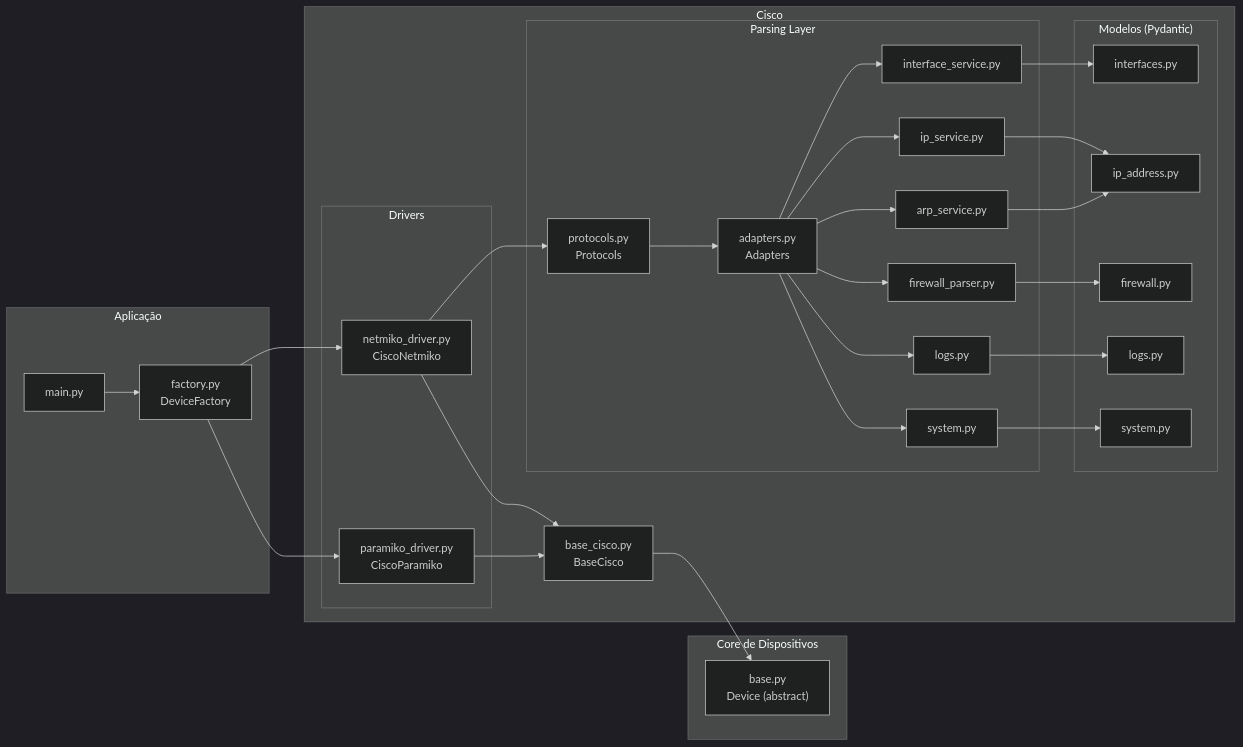
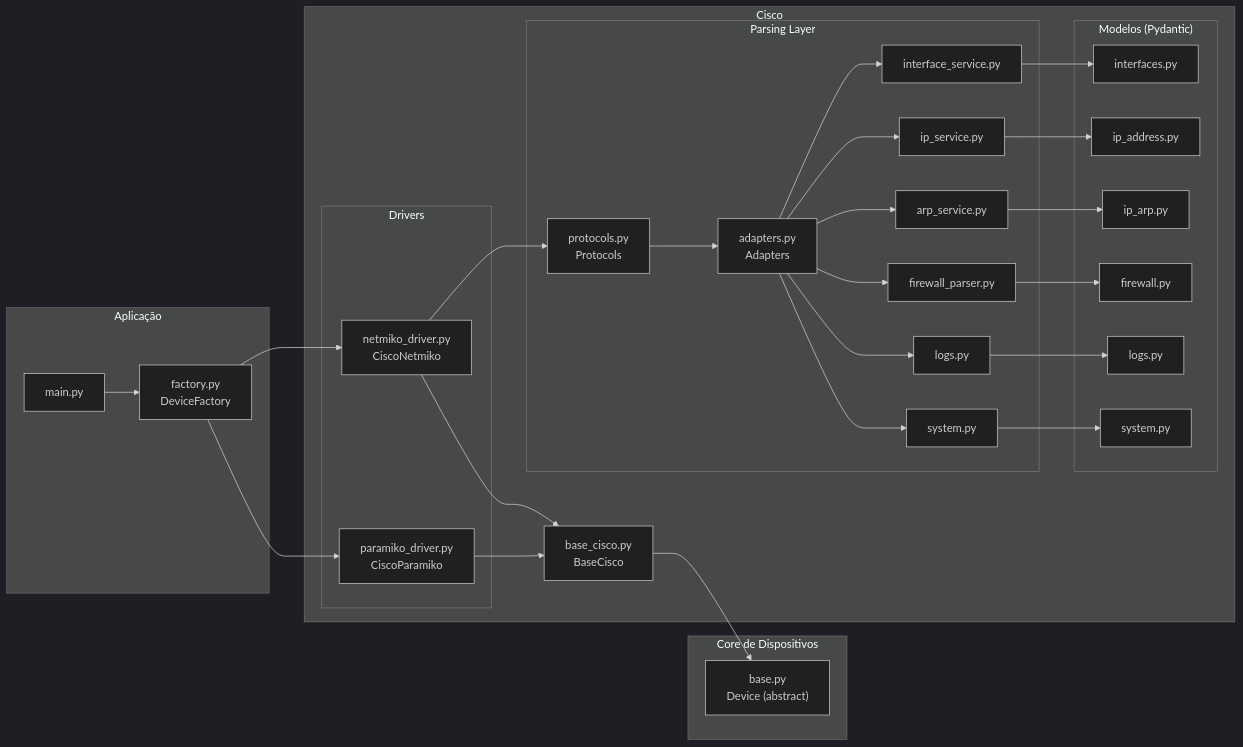
One commit to lfontini/igbot_lib changed the diagram in README.md. Above: the diagram before and after it, drawn with Mermaid (dark theme). The commit also changed other lines of this file and 1 other file, not shown here.

````diff
--- a/README.md
+++ b/README.md
@@ -44,78 +49,79 @@
 ```mermaid
 flowchart LR
 
     %% =======================================
     %%   MÓDULOS E PASTAS
     %% =======================================
     subgraph MAIN_APP["Aplicação"]
         MAIN["main.py"]
         FACTORY["factory.py<br/>DeviceFactory"]
     end
 
     subgraph DEVICE_CORE["Core de Dispositivos"]
         BASE_DEVICE["base.py<br/>Device (abstract)"]
     end
 
     subgraph CISCO["Cisco"]
 
         subgraph CISCO_DRIVERS["Drivers"]
             NETMIKO_DRIVER["netmiko_driver.py<br/>CiscoNetmiko"]
             PARAMIKO_DRIVER["paramiko_driver.py<br/>CiscoParamiko"]
         end
 
         BASE_CISCO["base_cisco.py<br/>BaseCisco"]
 
         subgraph PARSING["Parsing Layer"]
             PROTOCOLS["protocols.py<br/>Protocols"]
             ADAPTERS["adapters.py<br/>Adapters"]
             INTERFACE_SERVICE["interface_service.py"]
             IP_SERVICE["ip_service.py"]
             ARP_SERVICE["arp_service.py"]
             FIREWALL_PARSER["firewall_parser.py"]
             LOGS_PARSER["logs.py"]
             SYSTEM_PARSER["system.py"]
         end
 
         subgraph MODELS["Modelos (Pydantic)"]
             M_INTERFACE["interfaces.py"]
             M_IP["ip_address.py"]
+            M_IP_ARP["ip_arp.py"]
             M_FIREWALL["firewall.py"]
             M_LOGS["logs.py"]
             M_SYSTEM["system.py"]
         end
     end
 
     %% =======================================
     %%   RELAÇÕES
     %% =======================================
 
     MAIN --> FACTORY
     FACTORY --> NETMIKO_DRIVER
     FACTORY --> PARAMIKO_DRIVER
 
     NETMIKO_DRIVER --> BASE_CISCO
     PARAMIKO_DRIVER --> BASE_CISCO
     BASE_CISCO --> BASE_DEVICE
 
     %% Driver depende de Protocols
     NETMIKO_DRIVER --> PROTOCOLS
 
     %% Protocols são implementados pelos adapters
     PROTOCOLS --> ADAPTERS
 
     %% Adapters chamam services/parsers
     ADAPTERS --> INTERFACE_SERVICE
     ADAPTERS --> IP_SERVICE
     ADAPTERS --> ARP_SERVICE
     ADAPTERS --> FIREWALL_PARSER
     ADAPTERS --> LOGS_PARSER
     ADAPTERS --> SYSTEM_PARSER
 
     %% Services retornam models
     INTERFACE_SERVICE --> M_INTERFACE
     IP_SERVICE --> M_IP
-    ARP_SERVICE --> M_IP
+    ARP_SERVICE --> M_IP_ARP
     FIREWALL_PARSER --> M_FIREWALL
     LOGS_PARSER --> M_LOGS
     SYSTEM_PARSER --> M_SYSTEM
 ```
````
